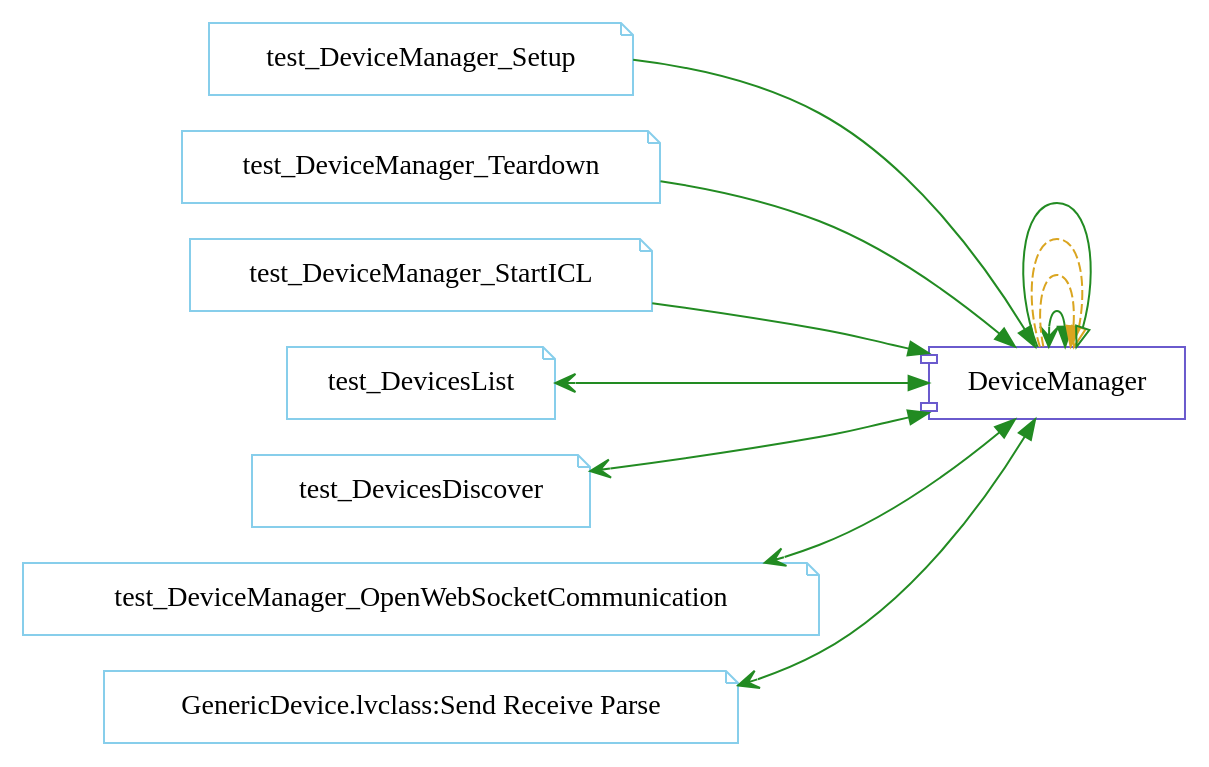
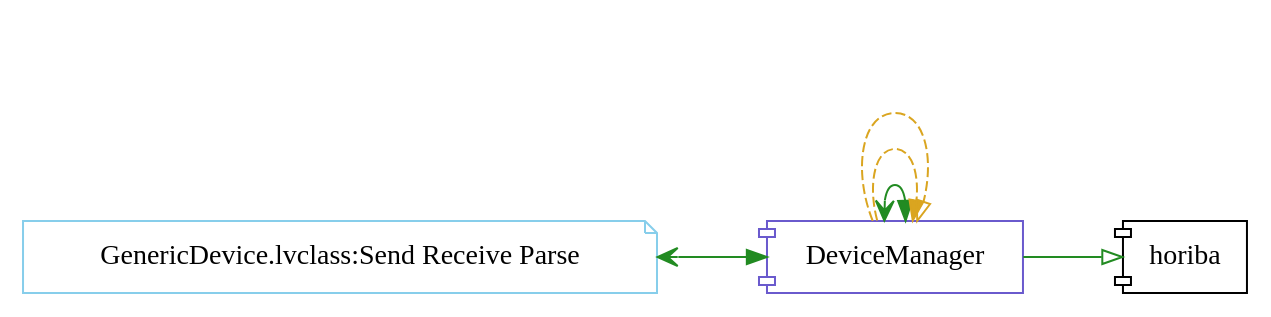
One commit to HORIBAEzSpecSDK/labview-sdk changed the first of 2 diagrams in docs/Includes/003.adoc. Above: the diagram before and after it, drawn with Graphviz. The commit also changed other lines of this file and 211 other files, not shown here.

```diff
--- a/docs/Includes/003.adoc
+++ b/docs/Includes/003.adoc
@@ -207,27 +237,16 @@
 [graphviz, format="png", align="center"]
 ....
-digraph G495786 {
+digraph G17824 {
 rankdir=LR;
 edge[dir=both color=black  arrowhead=normal arrowtail=none style=filled penwidth=1]
 node[color=black shape=box]
 "DeviceManager"[color=slateblue shape=component]
-"test_DeviceManager_Setup"[color=skyblue shape=note]
-"test_DeviceManager_Teardown"[color=skyblue shape=note]
-"test_DeviceManager_StartICL"[color=skyblue shape=note]
-"test_DevicesList"[color=skyblue shape=note]
-"test_DevicesDiscover"[color=skyblue shape=note]
-"test_DeviceManager_OpenWebSocketCommunication"[color=skyblue shape=note]
 "GenericDevice.lvclass:Send Receive Parse"[color=skyblue shape=note]
+"horiba"[color=black shape=component]
 "DeviceManager" -> "DeviceManager" [label="    " dir=both color=forestgreen  arrowhead=normal arrowtail=vee style=filled penwidth=1];
-"test_DeviceManager_Setup" -> "DeviceManager" [label="    " dir=both color=forestgreen  arrowhead=normal arrowtail=none style=filled penwidth=1];
-"test_DeviceManager_Teardown" -> "DeviceManager" [label="    " dir=both color=forestgreen  arrowhead=normal arrowtail=none style=filled penwidth=1];
-"test_DeviceManager_StartICL" -> "DeviceManager" [label="    " dir=both color=forestgreen  arrowhead=normal arrowtail=none style=filled penwidth=1];
-"test_DevicesList" -> "DeviceManager" [label="    " dir=both color=forestgreen  arrowhead=normal arrowtail=vee style=filled penwidth=1];
-"test_DevicesDiscover" -> "DeviceManager" [label="    " dir=both color=forestgreen  arrowhead=normal arrowtail=vee style=filled penwidth=1];
-"test_DeviceManager_OpenWebSocketCommunication" -> "DeviceManager" [label="    " dir=both color=forestgreen  arrowhead=normal arrowtail=vee style=filled penwidth=1];
 "GenericDevice.lvclass:Send Receive Parse" -> "DeviceManager" [label="    " dir=both color=forestgreen  arrowhead=normal arrowtail=vee style=filled penwidth=1];
 "DeviceManager" -> "DeviceManager" [label=" " dir=both color=goldenrod  arrowhead=normal arrowtail=none style=dashed penwidth=1];
 "DeviceManager" -> "DeviceManager" [label="  " dir=both color=goldenrod  arrowhead=onormal arrowtail=none style=dashed penwidth=1];
-"DeviceManager" -> "DeviceManager" [label="   " dir=both color=forestgreen  arrowhead=onormal arrowtail=none style=filled penwidth=1];
+"DeviceManager" -> "horiba" [label="   " dir=both color=forestgreen  arrowhead=onormal arrowtail=none style=filled penwidth=1];
 }
 ....
```
